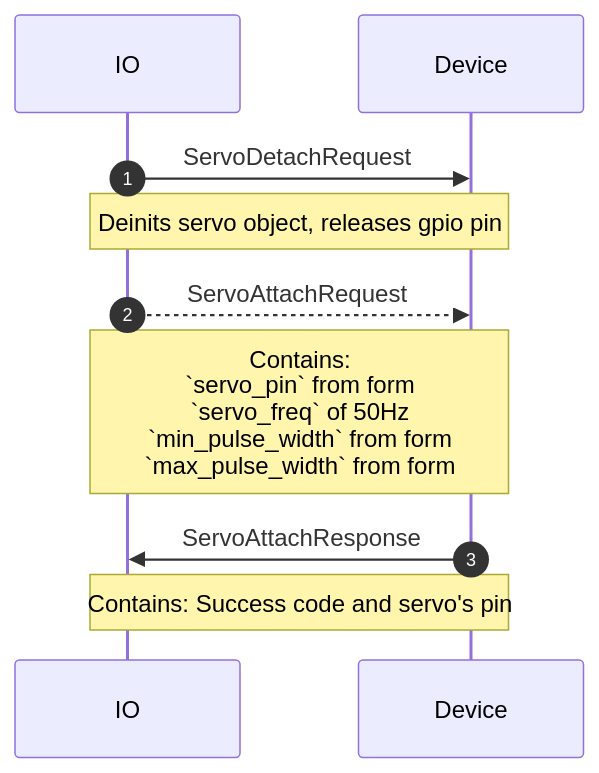
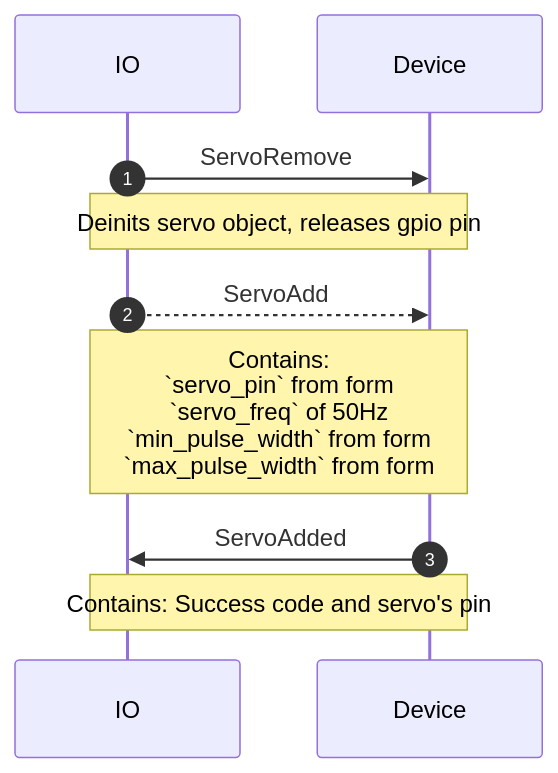
The third of 5 diagrams in proto/wippersnapper/docs/servo.md (adafruit/Wippersnapper_Protobuf), drawn with Mermaid before and after one commit. The commit also changed other lines of this file and 6 other files, not shown here.

````diff
--- a/proto/wippersnapper/docs/servo.md
+++ b/proto/wippersnapper/docs/servo.md
@@ -44,11 +39,11 @@
 ```mermaid
 sequenceDiagram
 autonumber
 
-IO->>Device: ServoDetachRequest
+IO->>Device: ServoRemove
 Note over IO, Device: Deinits servo object, releases gpio pin
-IO-->>Device: ServoAttachRequest
+IO-->>Device: ServoAdd
 Note over IO, Device: Contains:<br> `servo_pin` from form<br>`servo_freq` of 50Hz<br> `min_pulse_width` from form <br> `max_pulse_width` from form
-Device->>IO: ServoAttachResponse
+Device->>IO: ServoAdded
 Note over IO, Device: Contains: Success code and servo's pin
 ```
````
